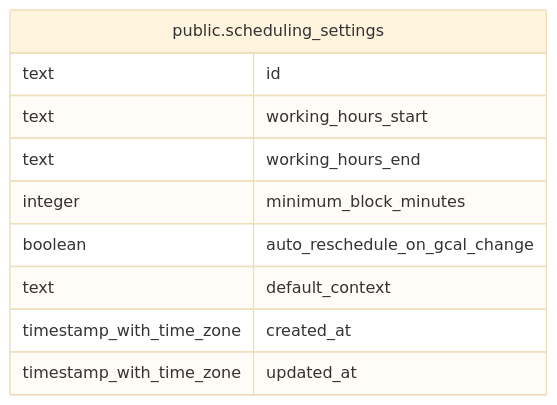
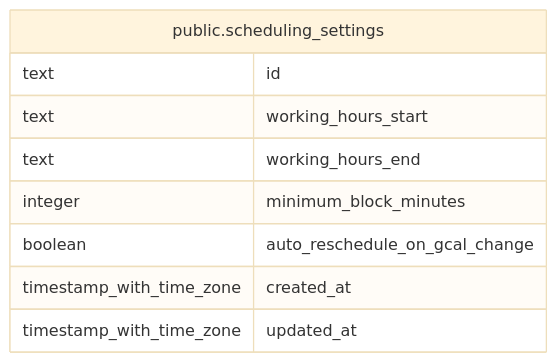
Before and after one commit to fohte/tq: the diagram in docs/db/public.scheduling_settings.md, drawn with Mermaid (base theme). The commit also changed other lines of this file and 14 other files, not shown here.

````diff
--- a/docs/db/public.scheduling_settings.md
+++ b/docs/db/public.scheduling_settings.md
@@ -35,15 +33,14 @@
 ```mermaid
 erDiagram
 
 
 "public.scheduling_settings" {
   text id
   text working_hours_start
   text working_hours_end
   integer minimum_block_minutes
   boolean auto_reschedule_on_gcal_change
-  text default_context
   timestamp_with_time_zone created_at
   timestamp_with_time_zone updated_at
 }
 ```
````
